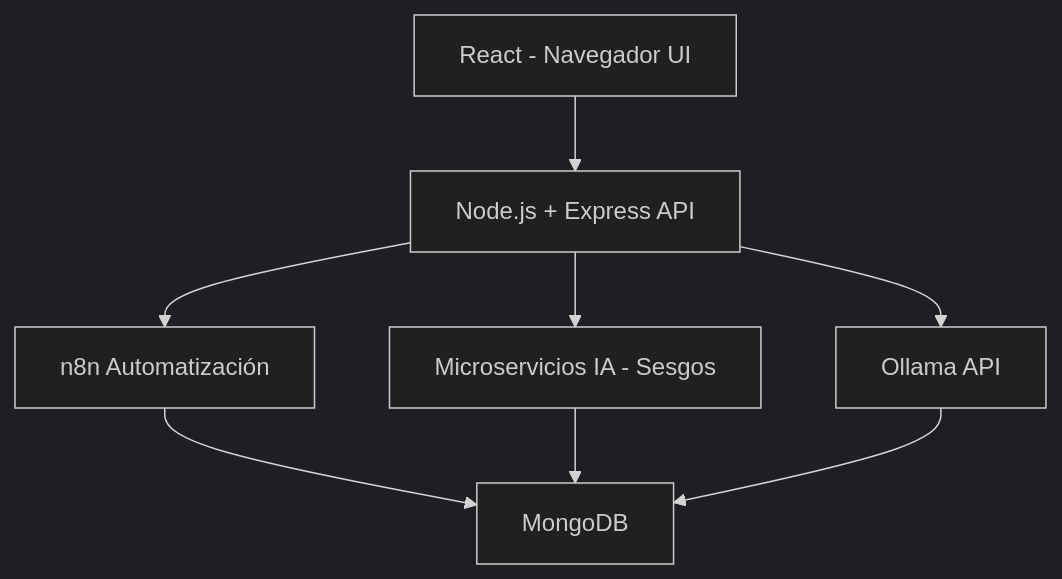
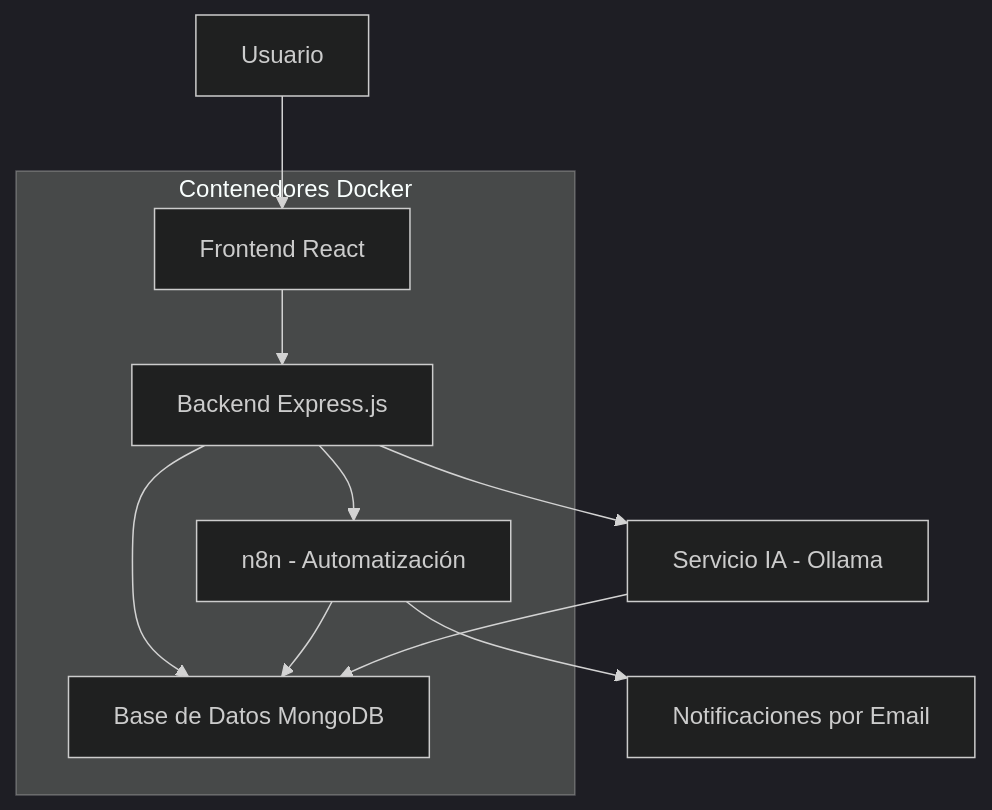
One commit to Nilton-Lazo/proyecto-mern-ia changed the first of 5 diagrams in README.md. Above: the diagram before and after it, drawn with Mermaid (dark theme). The commit also changed other lines of this file, not shown here.

````diff
--- a/README.md
+++ b/README.md
@@ -60,12 +60,18 @@
 ```mermaid 
 flowchart TD
-  UI[React - Navegador UI] --> Backend[Node.js + Express API]
-
-  Backend --> Ollama[Ollama API]
-  Backend --> Sesgos[Microservicios IA - Sesgos]
-  Backend --> n8n[n8n Automatización]
-
-  n8n --> MongoDB
-  Sesgos --> MongoDB
-  Ollama --> MongoDB
+    A[Usuario] --> B[Frontend React]
+    B --> C[Backend Express.js]
+    C --> D[Base de Datos MongoDB]
+    C --> E[Servicio IA - Ollama]
+    C --> F[n8n - Automatización]
+    F --> G[Notificaciones por Email]
+    F --> D
+    E --> D
+    
+    subgraph "Contenedores Docker"
+        B
+        C
+        D
+        F
+    end
 ```
````
